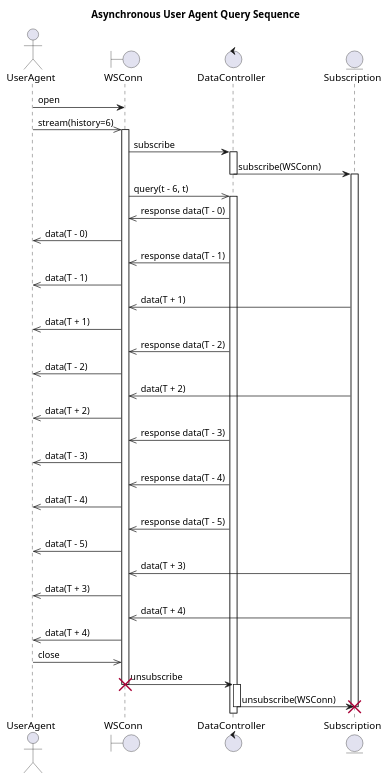
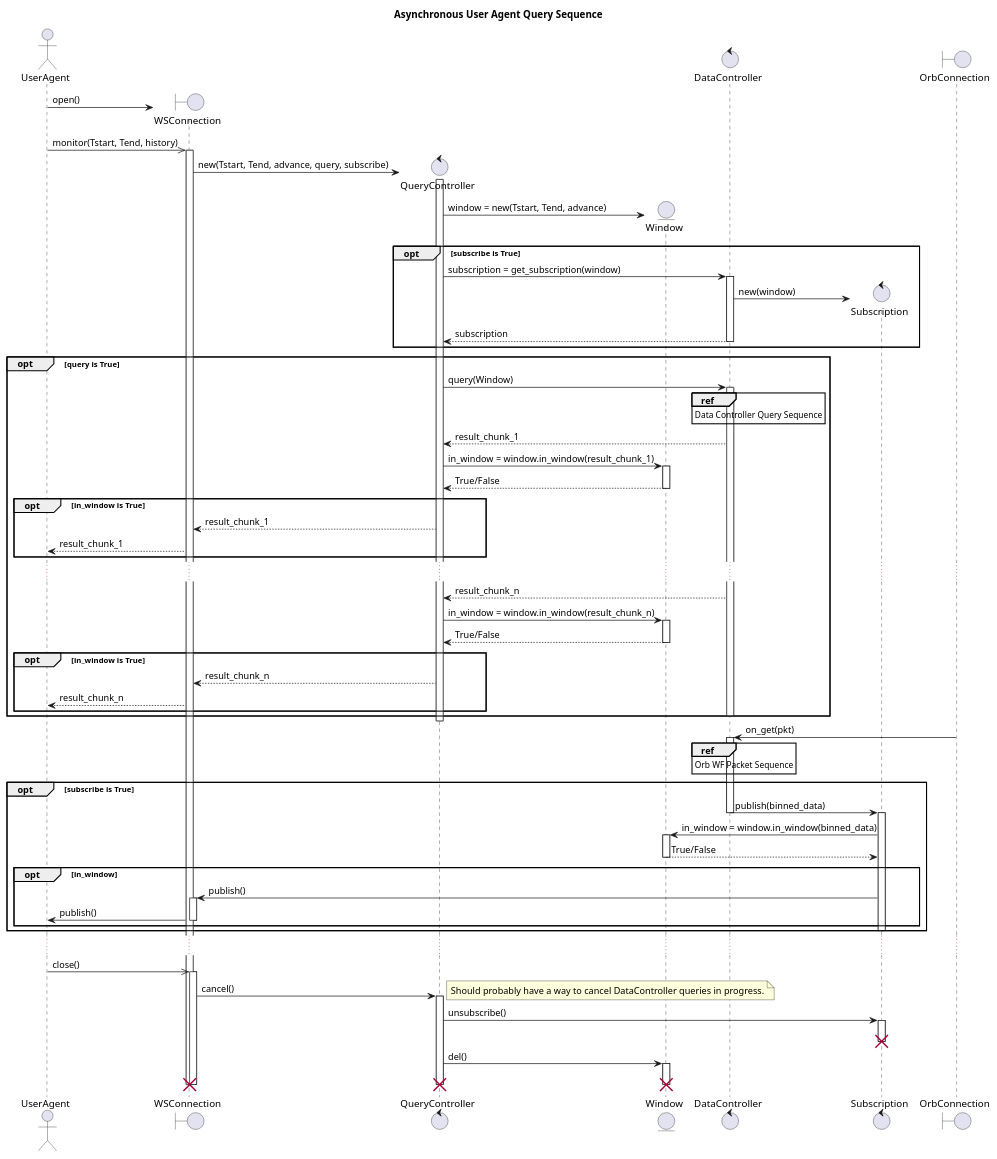
One commit to n1ywb/wavefront changed the third of 3 diagrams in doc/design.rst. Above: the diagram before and after it, drawn with PlantUML. The commit also changed other lines of this file, not shown here.

Commit message:
Lots of design doc updates

```diff
--- a/doc/design.rst
+++ b/doc/design.rst
@@ -91,71 +208,99 @@
 	title Asynchronous User Agent Query Sequence
 
 	actor UserAgent
-	boundary WSConn
-	control DataController
-	entity Subscription
+	'boundary WSConnection
+	'control DataController
+	'control Subscription
+        'database Datascope
+        'boundary OrbConnection
 
-	UserAgent -> WSConn: open
+        create boundary WSConnection
+	UserAgent -> WSConnection: open()
+	deactivate WSConnection
 
-	UserAgent ->> WSConn: stream(history=6)
-	activate WSConn
+	UserAgent ->> WSConnection: monitor(Tstart, Tend, history)
+	activate WSConnection
+        create control QueryController
+        WSConnection -> QueryController: new(Tstart, Tend, advance, query, subscribe)
+        activate QueryController
 
-	WSConn -> DataController: subscribe
-	activate DataController
-	DataController->Subscription: subscribe(WSConn)
-	deactivate DataController
-	activate Subscription
+        create entity Window
+        QueryController -> Window: window = new(Tstart, Tend, advance)
+        deactivate Window
 
-	WSConn ->> DataController: query(t - 6, t)
-	activate DataController
-	DataController ->> WSConn : response data(T - 0)
+        control DataController
+        opt subscribe is True
+            QueryController -> DataController : subscription = get_subscription(window)
+            activate DataController
+            create control Subscription
+            DataController -> Subscription: new(window)
+            deactivate Subscription
+            DataController --> QueryController: subscription
+            deactivate DataController
+        end
 
-	WSConn ->> UserAgent: data(T - 0)
+        opt query is True
+            QueryController -> DataController: query(Window)
+            activate DataController
+            ref over DataController: Data Controller Query Sequence
+            DataController --> QueryController: result_chunk_1
+            QueryController -> Window: in_window = window.in_window(result_chunk_1)
+            activate Window
+            Window --> QueryController: True/False
+            deactivate Window
+            opt in_window is True
+                QueryController --> WSConnection: result_chunk_1
+                WSConnection --> UserAgent: result_chunk_1
+            end
+            ...
+            DataController --> QueryController: result_chunk_n
+            QueryController -> Window: in_window = window.in_window(result_chunk_n)
+            activate Window
+            Window --> QueryController: True/False
+            deactivate Window
+            opt in_window is True
+                QueryController --> WSConnection: result_chunk_n
+                WSConnection --> UserAgent: result_chunk_n
+            end
+            deactivate DataController
 
-	DataController ->> WSConn : response data(T - 1)
+        end
 
-	WSConn ->> UserAgent: data(T - 1)
+        deactivate QueryController
 
-	Subscription ->> WSConn: data(T + 1)
+        boundary OrbConnection
+        OrbConnection -> DataController: on_get(pkt)
+        activate DataController
+        ref over DataController: Orb WF Packet Sequence
+        opt subscribe is True
+            DataController -> Subscription: publish(binned_data)
+            deactivate DataController
+            activate Subscription
+            Subscription -> Window: in_window = window.in_window(binned_data)
+            activate Window
+            Window --> Subscription: True/False
+            deactivate Window
+            opt in_window
+                Subscription -> WSConnection: publish()
+                activate WSConnection
+                WSConnection -> UserAgent: publish()
+                deactivate WSConnection
+            end
+            deactivate Subscription
+        end
 
-	WSConn ->> UserAgent: data(T + 1)
+        ...
 
-
-	DataController ->> WSConn : response data(T - 2)
-
-	WSConn ->> UserAgent: data(T - 2)
-
-	Subscription ->> WSConn: data(T + 2)
-
-	WSConn ->> UserAgent: data(T + 2)
-
-	DataController ->> WSConn : response data(T - 3)
-
-	WSConn ->> UserAgent: data(T - 3)
-
-	DataController ->> WSConn : response data(T - 4)
-
-	WSConn ->> UserAgent: data(T - 4)
-
-	DataController ->> WSConn : response data(T - 5)
-
-	WSConn ->> UserAgent: data(T - 5)
-
-	Subscription ->> WSConn: data(T + 3)
-
-	WSConn ->> UserAgent: data(T + 3)
-
-
-	Subscription ->> WSConn: data(T + 4)
-
-	WSConn ->> UserAgent: data(T + 4)
-
-
-	UserAgent ->> WSConn: close
-
-	WSConn -> DataController: unsubscribe
-	destroy WSConn
-	activate DataController
-	DataController -> Subscription: unsubscribe(WSConn)
-	deactivate DataController
+	UserAgent ->> WSConnection: close()
+        activate WSConnection
+	WSConnection -> QueryController: cancel()
+        note right : Should probably have a way to cancel DataController queries in progress.
+        activate QueryController
+	QueryController -> Subscription: unsubscribe()
+        activate Subscription
 	destroy Subscription
+	QueryController -> Window: del()
+        activate Window
+        destroy Window
+        destroy QueryController
+	destroy WSConnection
```
